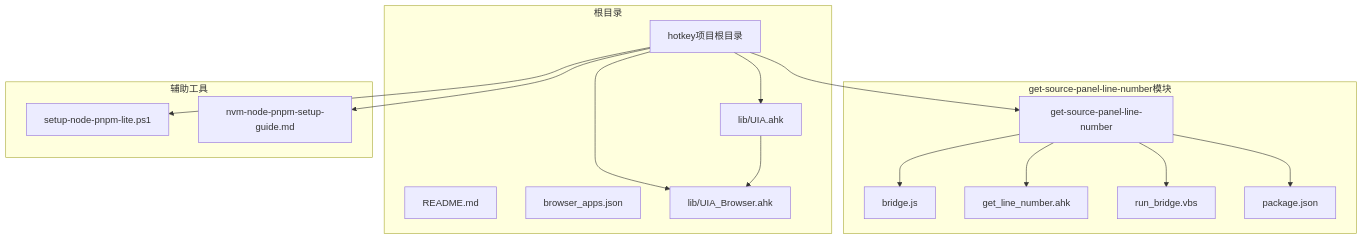
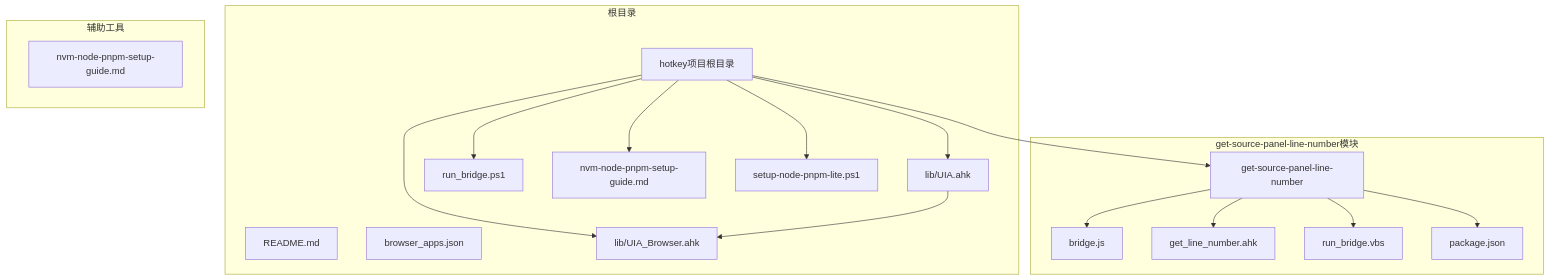
The first of 11 diagrams in .qoder/repowiki/zh/content/外部工具集成/Node.js桥接工具.md (wangys-123doit/hotkey), drawn with Mermaid before and after one commit. The commit also changed other lines of this file and 9 other files, not shown here.

````diff
--- a/.qoder/repowiki/zh/content/外部工具集成/Node.js桥接工具.md
+++ b/.qoder/repowiki/zh/content/外部工具集成/Node.js桥接工具.md
@@ -55,31 +61,35 @@
 ```mermaid
 graph TB
 subgraph "根目录"
 Root[hotkey项目根目录]
 README[README.md]
 Config[browser_apps.json]
 UIA[lib/UIA.ahk]
 UIABrowser[lib/UIA_Browser.ahk]
+RunBridgePS[run_bridge.ps1]
+NVMGuide[nvm-node-pnpm-setup-guide.md]
+Setup[setup-node-pnpm-lite.ps1]
 end
 subgraph "get-source-panel-line-number模块"
 Module[get-source-panel-line-number]
 BridgeJS[bridge.js]
 AHKScript[get_line_number.ahk]
 VBSRun[run_bridge.vbs]
 PackageJSON[package.json]
 end
 subgraph "辅助工具"
 Setup[setup-node-pnpm-lite.ps1]
 Guide[nvm-node-pnpm-setup-guide.md]
 end
 Root --> Module
 Root --> UIA
 Root --> UIABrowser
+Root --> RunBridgePS
+Root --> NVMGuide
 Root --> Setup
-Root --> Guide
 Module --> BridgeJS
 Module --> AHKScript
 Module --> VBSRun
 Module --> PackageJSON
 UIA --> UIABrowser
 ```
````
